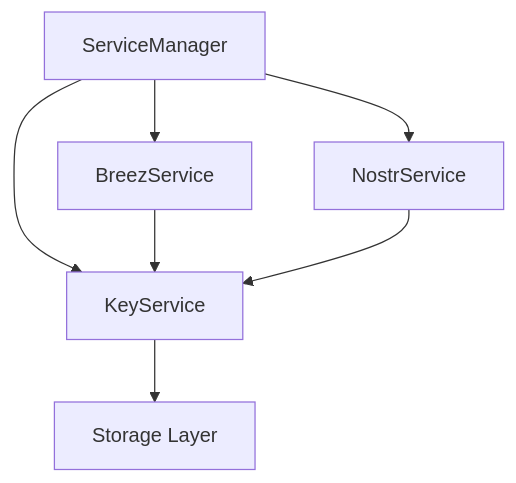
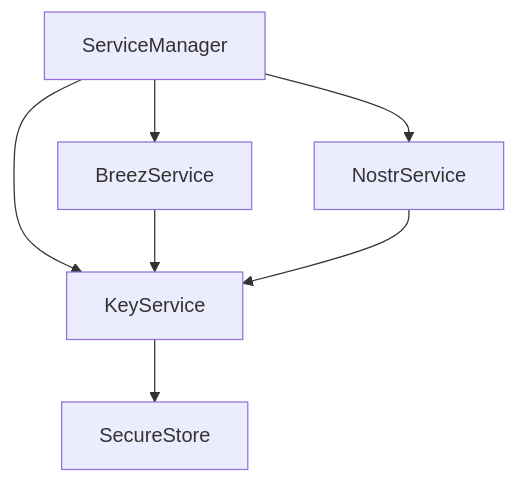
One commit to OpenAgentsInc/onyx changed the diagram in docs/keys.md. Above: the diagram before and after it, drawn with Mermaid. The commit also changed other lines of this file, not shown here.

Commit message:
Refactor key management documentation and enhance security using expo-secure-store for sensitive data storage.

````diff
--- a/docs/keys.md
+++ b/docs/keys.md
@@ -49,9 +44,9 @@
 ```mermaid
 graph TD
     A[ServiceManager] --> B[KeyService]
-    B --> C[Storage Layer]
+    B --> C[SecureStore]
     A --> D[BreezService]
     D --> B
     A --> E[NostrService]
     E --> B
 ```
````
